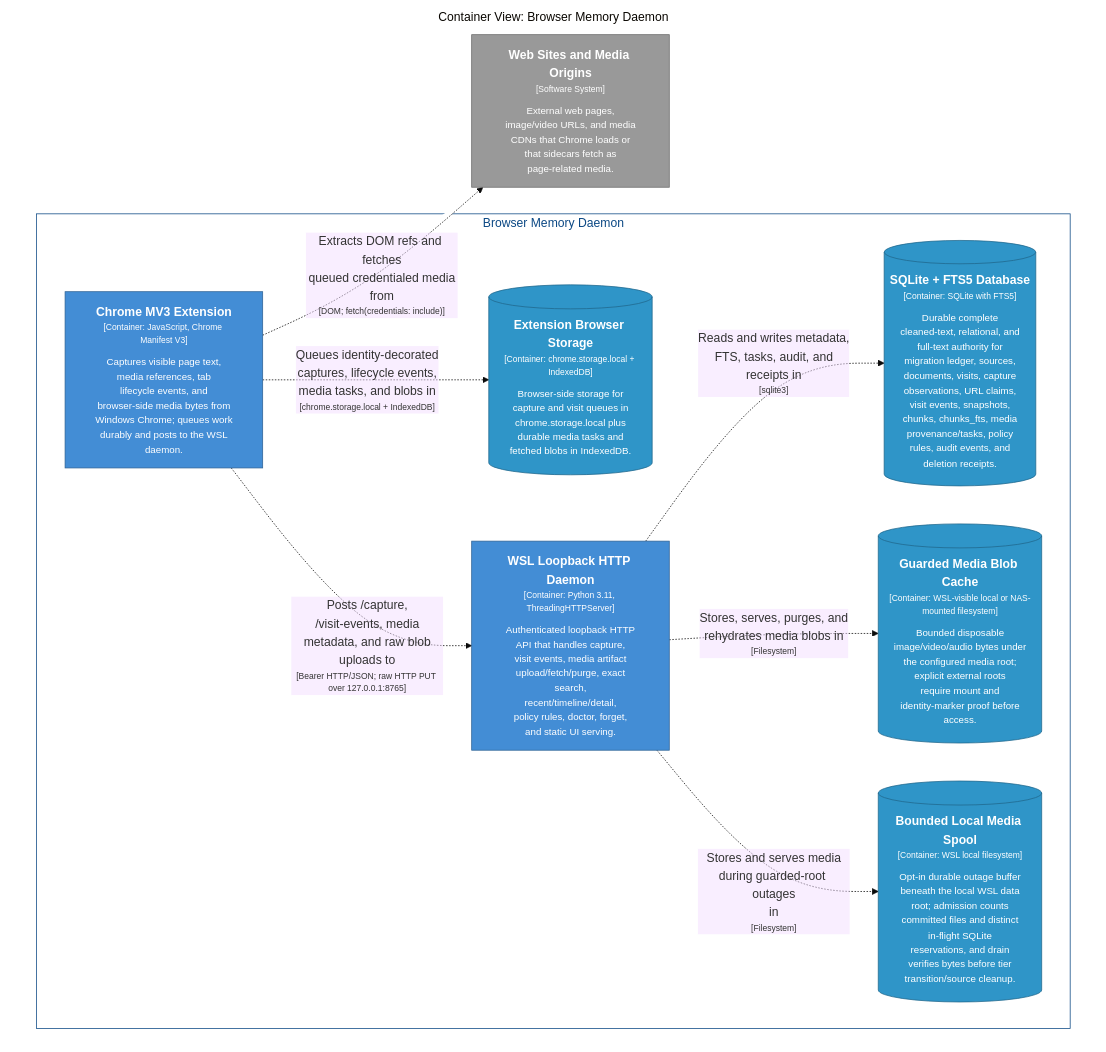
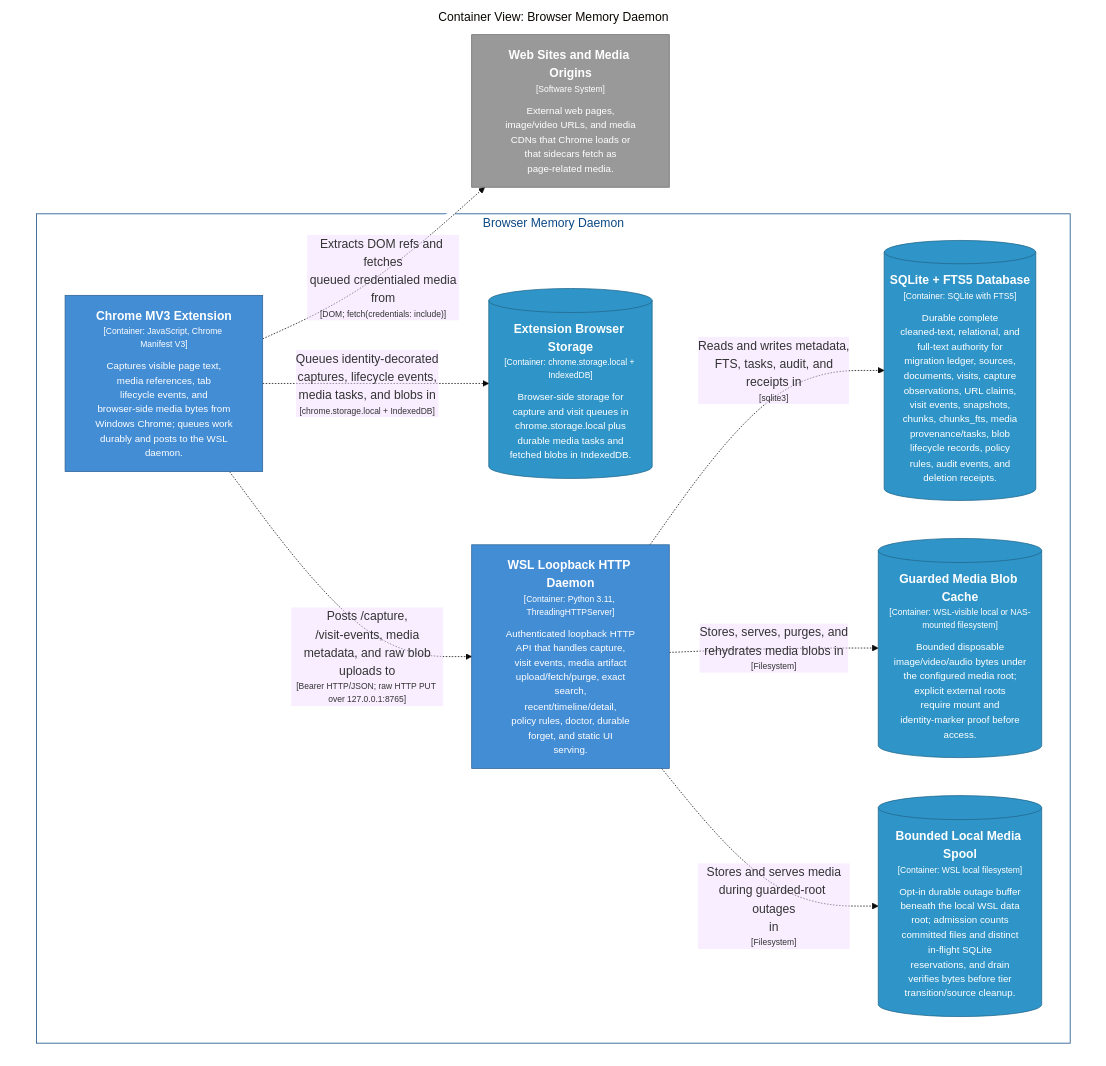
Before and after one commit to michaelnicks0/browser-memory-daemon: the diagram in docs/architecture/diagrams/markdown/BrowserMediaContainers.md, drawn with Mermaid (base theme). The commit also changed 201 other files, not shown here.

````diff
--- a/docs/architecture/diagrams/markdown/BrowserMediaContainers.md
+++ b/docs/architecture/diagrams/markdown/BrowserMediaContainers.md
@@ -16,36 +16,36 @@
 ```mermaid
 graph TB
   linkStyle default fill:#ffffff
 
   subgraph diagram ["Container View: Browser Memory Daemon"]
     style diagram fill:#ffffff,stroke:#ffffff
 
     3["<div style='font-weight: bold'>Web Sites and Media Origins</div><div style='font-size: 70%; margin-top: 0px'>[Software System]</div><div style='font-size: 80%; margin-top:10px'>External web pages,<br />image/video URLs, and media<br />CDNs that Chrome loads or<br />that sidecars fetch as<br />page-related media.</div>"]
     style 3 fill:#999999,stroke:#6b6b6b,color:#ffffff
 
     subgraph 4 ["Browser Memory Daemon"]
       style 4 fill:#ffffff,stroke:#0b4884,color:#0b4884
 
       13[("<div style='font-weight: bold'>Extension Browser Storage</div><div style='font-size: 70%; margin-top: 0px'>[Container: chrome.storage.local + IndexedDB]</div><div style='font-size: 80%; margin-top:10px'>Browser-side storage for<br />capture and visit queues in<br />chrome.storage.local plus<br />durable media tasks and<br />fetched blobs in IndexedDB.</div>")]
       style 13 fill:#2f95c8,stroke:#20688c,color:#ffffff
-      14["<div style='font-weight: bold'>WSL Loopback HTTP Daemon</div><div style='font-size: 70%; margin-top: 0px'>[Container: Python 3.11, ThreadingHTTPServer]</div><div style='font-size: 80%; margin-top:10px'>Authenticated loopback HTTP<br />API that handles capture,<br />visit events, media artifact<br />upload/fetch/purge, exact<br />search,<br />recent/timeline/detail,<br />policy rules, doctor, forget,<br />and static UI serving.</div>"]
+      14["<div style='font-weight: bold'>WSL Loopback HTTP Daemon</div><div style='font-size: 70%; margin-top: 0px'>[Container: Python 3.11, ThreadingHTTPServer]</div><div style='font-size: 80%; margin-top:10px'>Authenticated loopback HTTP<br />API that handles capture,<br />visit events, media artifact<br />upload/fetch/purge, exact<br />search,<br />recent/timeline/detail,<br />policy rules, doctor, durable<br />forget, and static UI<br />serving.</div>"]
       style 14 fill:#438dd5,stroke:#2e6295,color:#ffffff
-      29[("<div style='font-weight: bold'>SQLite + FTS5 Database</div><div style='font-size: 70%; margin-top: 0px'>[Container: SQLite with FTS5]</div><div style='font-size: 80%; margin-top:10px'>Durable complete<br />cleaned-text, relational, and<br />full-text authority for<br />migration ledger, sources,<br />documents, visits, capture<br />observations, URL claims,<br />visit events, snapshots,<br />chunks, chunks_fts, media<br />provenance/tasks, policy<br />rules, audit events, and<br />deletion receipts.</div>")]
-      style 29 fill:#2f95c8,stroke:#20688c,color:#ffffff
-      31[("<div style='font-weight: bold'>Guarded Media Blob Cache</div><div style='font-size: 70%; margin-top: 0px'>[Container: WSL-visible local or NAS-mounted filesystem]</div><div style='font-size: 80%; margin-top:10px'>Bounded disposable<br />image/video/audio bytes under<br />the configured media root;<br />explicit external roots<br />require mount and<br />identity-marker proof before<br />access.</div>")]
-      style 31 fill:#2f95c8,stroke:#20688c,color:#ffffff
-      32[("<div style='font-weight: bold'>Bounded Local Media Spool</div><div style='font-size: 70%; margin-top: 0px'>[Container: WSL local filesystem]</div><div style='font-size: 80%; margin-top:10px'>Opt-in durable outage buffer<br />beneath the local WSL data<br />root; admission counts<br />committed files and distinct<br />in-flight SQLite<br />reservations, and drain<br />verifies bytes before tier<br />transition/source cleanup.</div>")]
+      30[("<div style='font-weight: bold'>SQLite + FTS5 Database</div><div style='font-size: 70%; margin-top: 0px'>[Container: SQLite with FTS5]</div><div style='font-size: 80%; margin-top:10px'>Durable complete<br />cleaned-text, relational, and<br />full-text authority for<br />migration ledger, sources,<br />documents, visits, capture<br />observations, URL claims,<br />visit events, snapshots,<br />chunks, chunks_fts, media<br />provenance/tasks, blob<br />lifecycle records, policy<br />rules, audit events, and<br />deletion receipts.</div>")]
+      style 30 fill:#2f95c8,stroke:#20688c,color:#ffffff
+      32[("<div style='font-weight: bold'>Guarded Media Blob Cache</div><div style='font-size: 70%; margin-top: 0px'>[Container: WSL-visible local or NAS-mounted filesystem]</div><div style='font-size: 80%; margin-top:10px'>Bounded disposable<br />image/video/audio bytes under<br />the configured media root;<br />explicit external roots<br />require mount and<br />identity-marker proof before<br />access.</div>")]
       style 32 fill:#2f95c8,stroke:#20688c,color:#ffffff
+      33[("<div style='font-weight: bold'>Bounded Local Media Spool</div><div style='font-size: 70%; margin-top: 0px'>[Container: WSL local filesystem]</div><div style='font-size: 80%; margin-top:10px'>Opt-in durable outage buffer<br />beneath the local WSL data<br />root; admission counts<br />committed files and distinct<br />in-flight SQLite<br />reservations, and drain<br />verifies bytes before tier<br />transition/source cleanup.</div>")]
+      style 33 fill:#2f95c8,stroke:#20688c,color:#ffffff
       5["<div style='font-weight: bold'>Chrome MV3 Extension</div><div style='font-size: 70%; margin-top: 0px'>[Container: JavaScript, Chrome Manifest V3]</div><div style='font-size: 80%; margin-top:10px'>Captures visible page text,<br />media references, tab<br />lifecycle events, and<br />browser-side media bytes from<br />Windows Chrome; queues work<br />durably and posts to the WSL<br />daemon.</div>"]
       style 5 fill:#438dd5,stroke:#2e6295,color:#ffffff
     end
 
     5-. "<div>Extracts DOM refs and fetches<br />queued credentialed media<br />from</div><div style='font-size: 70%'>[DOM; fetch(credentials: include)]</div>" .->3
     5-. "<div>Queues identity-decorated<br />captures, lifecycle events,<br />media tasks, and blobs in</div><div style='font-size: 70%'>[chrome.storage.local + IndexedDB]</div>" .->13
     5-. "<div>Posts /capture,<br />/visit-events, media<br />metadata, and raw blob<br />uploads to</div><div style='font-size: 70%'>[Bearer HTTP/JSON; raw HTTP PUT over 127.0.0.1:8765]</div>" .->14
-    14-. "<div>Reads and writes metadata,<br />FTS, tasks, audit, and<br />receipts in</div><div style='font-size: 70%'>[sqlite3]</div>" .->29
-    14-. "<div>Stores, serves, purges, and<br />rehydrates media blobs in</div><div style='font-size: 70%'>[Filesystem]</div>" .->31
-    14-. "<div>Stores and serves media<br />during guarded-root outages<br />in</div><div style='font-size: 70%'>[Filesystem]</div>" .->32
+    14-. "<div>Reads and writes metadata,<br />FTS, tasks, audit, and<br />receipts in</div><div style='font-size: 70%'>[sqlite3]</div>" .->30
+    14-. "<div>Stores, serves, purges, and<br />rehydrates media blobs in</div><div style='font-size: 70%'>[Filesystem]</div>" .->32
+    14-. "<div>Stores and serves media<br />during guarded-root outages<br />in</div><div style='font-size: 70%'>[Filesystem]</div>" .->33
 
   end
 ```
````
